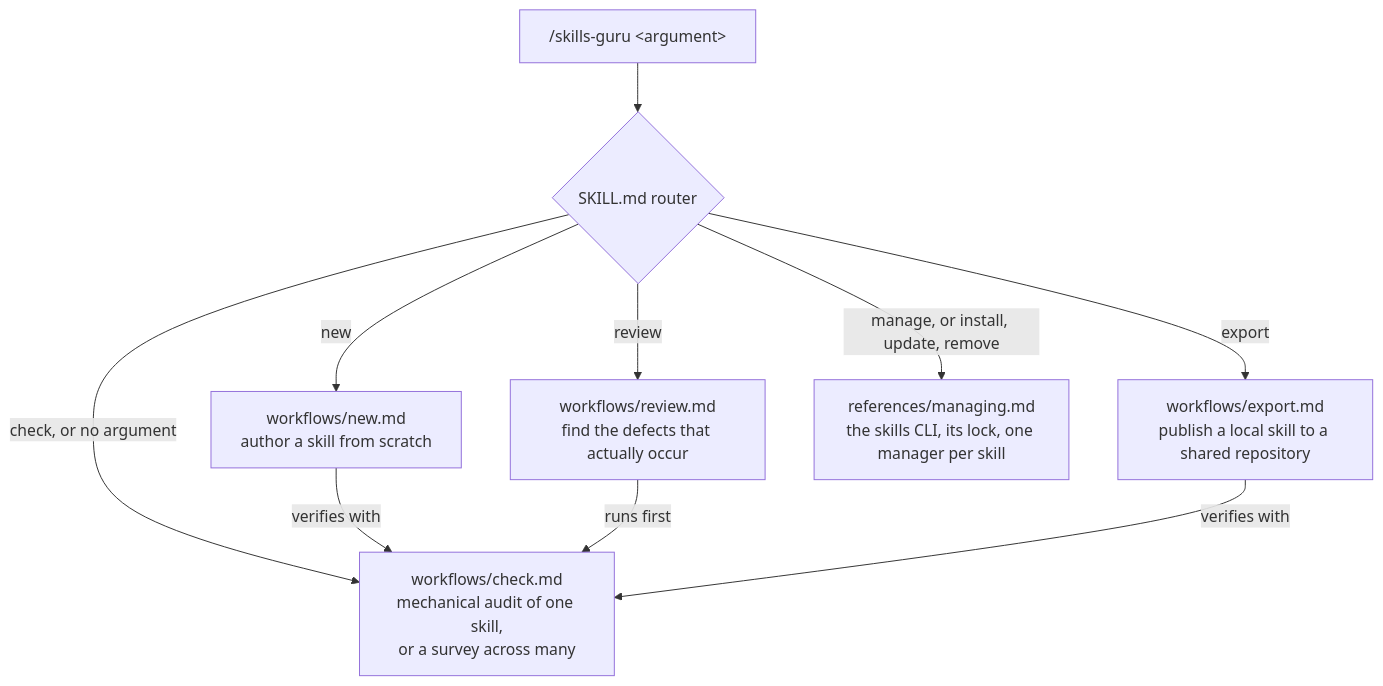
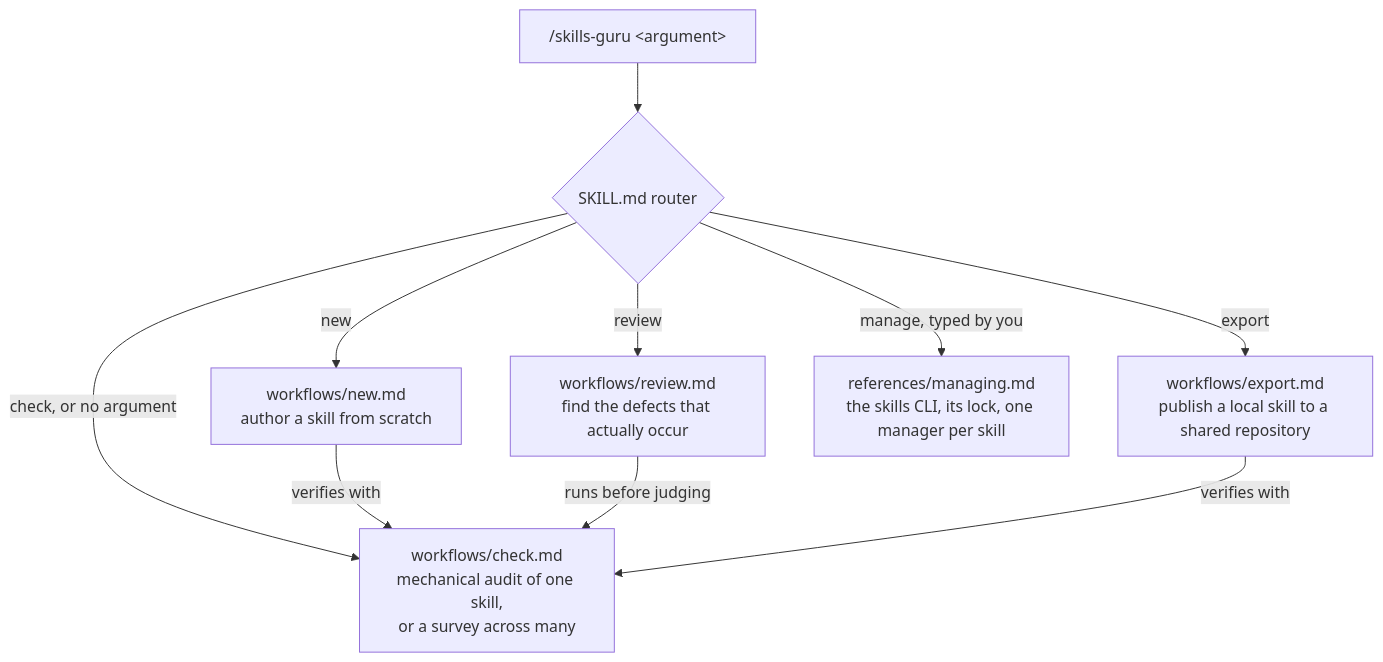
The diagram in skills/skills-guru/README.md (izkreny/agentifico), drawn with Mermaid before and after one commit. The commit also changed other lines of this file and 11 other files, not shown here.

First line of the commit message:
fix(skills-maker): sweep skills-guru before its next tag (#207)

````diff
--- a/skills/skills-guru/README.md
+++ b/skills/skills-guru/README.md
@@ -34,12 +34,12 @@
 ```mermaid
 flowchart TD
     A["/skills-guru &lt;argument&gt;"] --> R{"SKILL.md router"}
     R -->|new| N["workflows/new.md<br/>author a skill from scratch"]
     R -->|review| V["workflows/review.md<br/>find the defects that actually occur"]
     R -->|"check, or no argument"| C["workflows/check.md<br/>mechanical audit of one skill,<br/>or a survey across many"]
     R -->|export| E["workflows/export.md<br/>publish a local skill to a shared repository"]
-    R -->|"manage, or install, update, remove"| M["references/managing.md<br/>the skills CLI, its lock, one manager per skill"]
+    R -->|"manage, typed by you"| M["references/managing.md<br/>the skills CLI, its lock, one manager per skill"]
     N -->|verifies with| C
-    V -->|runs first| C
+    V -->|runs before judging| C
     E -->|verifies with| C
 ```
````
